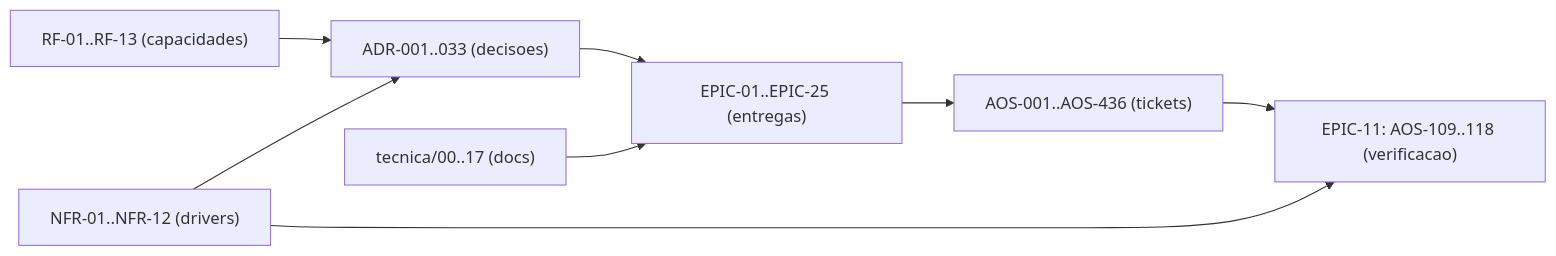
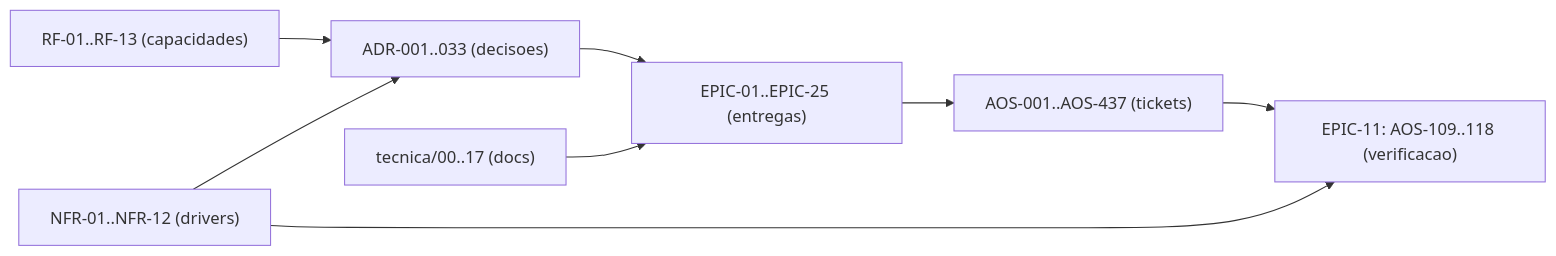
One commit to albinoJimy/aos changed the diagram in tecnica/16_Rastreabilidade_RTM.md. Above: the diagram before and after it, drawn with Mermaid. The commit also changed other lines of this file and 27 other files, not shown here.

````diff
--- a/tecnica/16_Rastreabilidade_RTM.md
+++ b/tecnica/16_Rastreabilidade_RTM.md
@@ -195,10 +195,10 @@
 ```mermaid
 flowchart LR
     RF["RF-01..RF-13 (capacidades)"] --> ADR["ADR-001..033 (decisoes)"]
     NFR["NFR-01..NFR-12 (drivers)"] --> ADR
     ADR --> EPIC["EPIC-01..EPIC-25 (entregas)"]
-    EPIC --> TICK["AOS-001..AOS-436 (tickets)"]
+    EPIC --> TICK["AOS-001..AOS-437 (tickets)"]
     DOC["tecnica/00..17 (docs)"] --> EPIC
     TICK --> TEST["EPIC-11: AOS-109..118 (verificacao)"]
     NFR --> TEST
 ```
````
